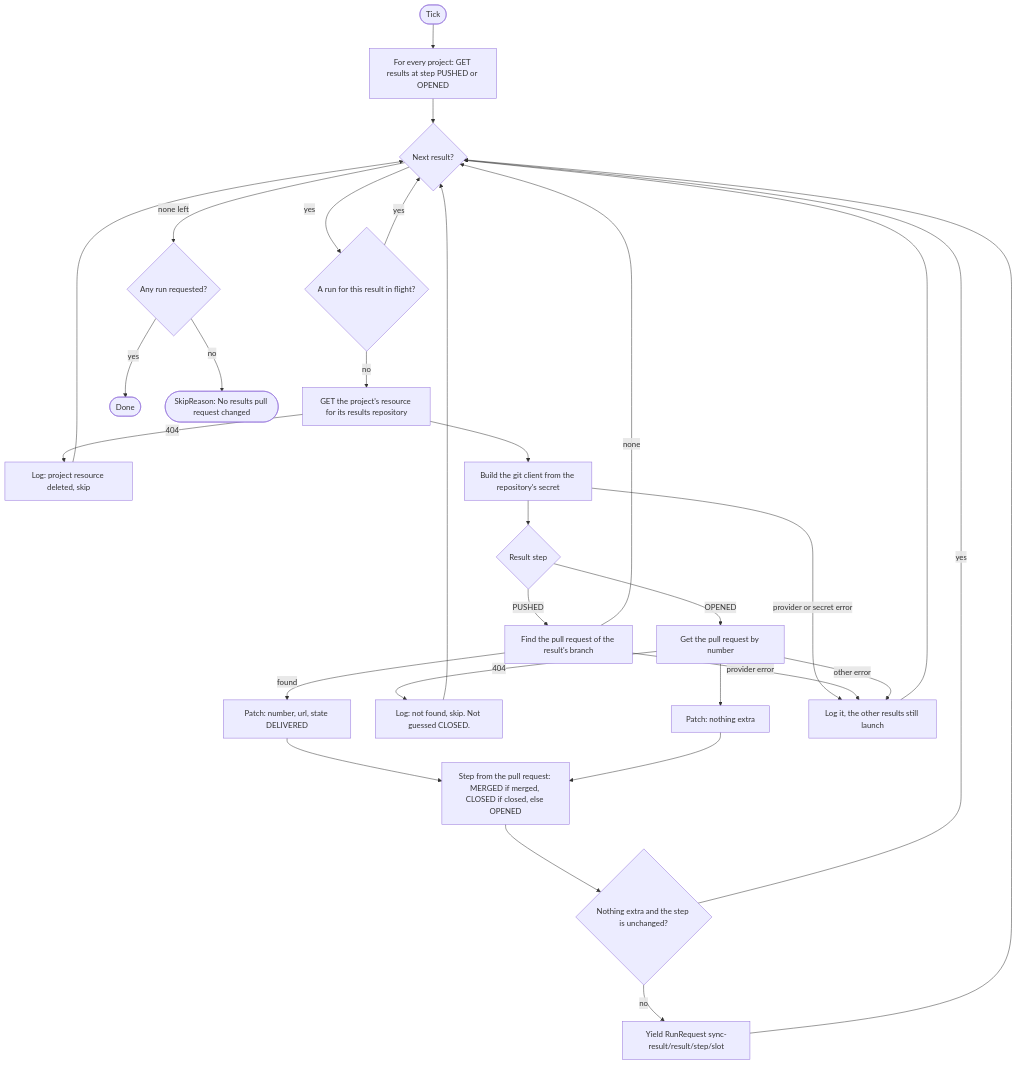
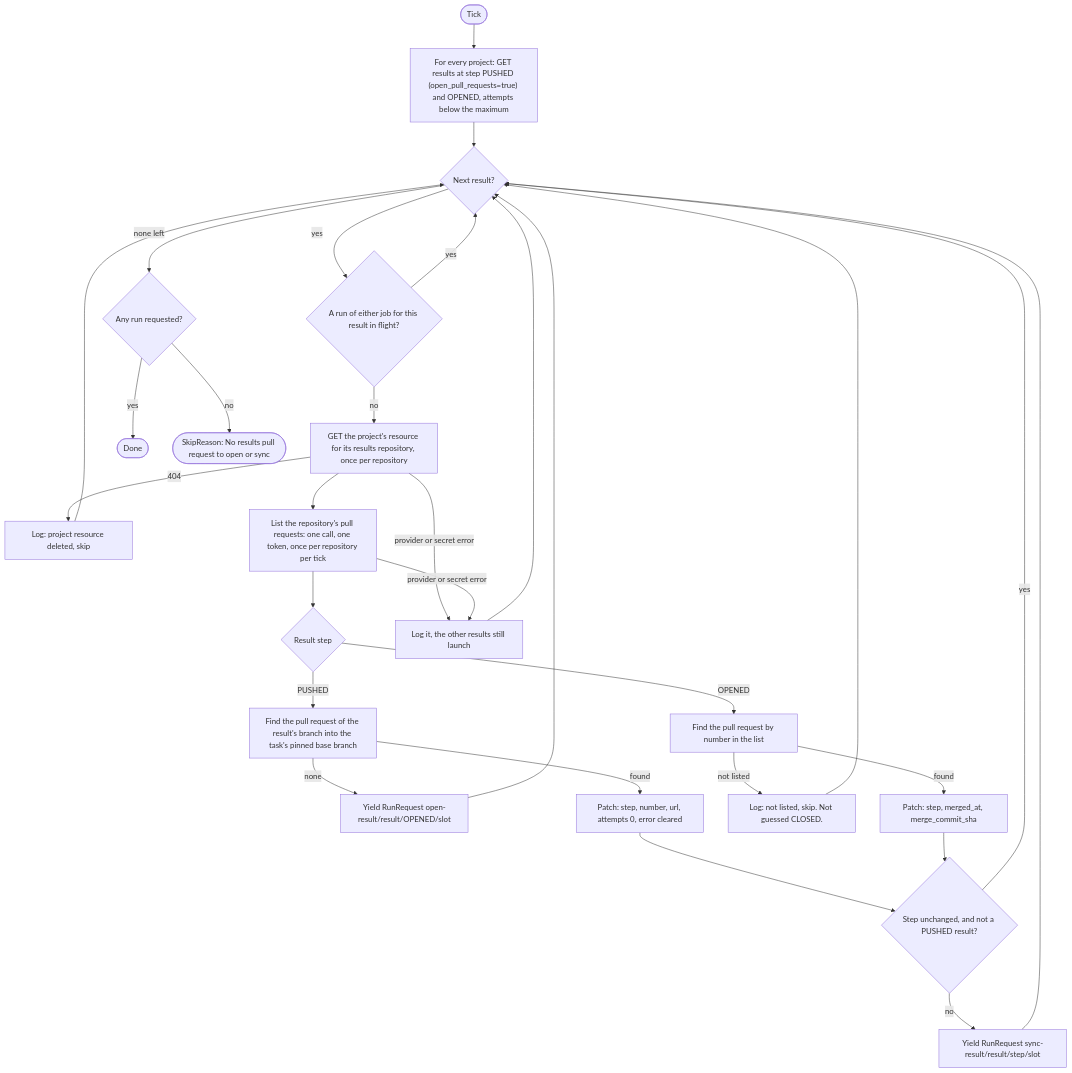
The first of 3 diagrams in docs/architecture/sensors/results-pr-sync.md (Aridhia-Open-Source/PHEMS_federated_node), drawn with Mermaid before and after one commit. The commit also changed other lines of this file and 49 other files, not shown here.

First line of the commit message:
Results PR sensor owns the pull request; one provider list per results repository per tick (#621)

````diff
--- a/docs/architecture/sensors/results-pr-sync.md
+++ b/docs/architecture/sensors/results-pr-sync.md
@@ -32,32 +37,31 @@
 ```mermaid
 flowchart TD
-    A([Tick]) --> B["For every project: GET results at step PUSHED or OPENED"]
+    A([Tick]) --> B["For every project: GET results at step PUSHED (open_pull_requests=true) and OPENED, attempts below the maximum"]
     B --> C{"Next result?"}
     C -->|"none left"| Z{"Any run requested?"}
-    C -->|yes| E{"A run for this result in flight?"}
+    C -->|yes| E{"A run of either job for this result in flight?"}
     E -->|yes| C
-    E -->|no| D["GET the project's resource for its results repository"]
+    E -->|no| D["GET the project's resource for its results repository, once per repository"]
     D -->|404| X["Log: project resource deleted, skip"]
     X --> C
-    D --> F["Build the git client from the repository's secret"]
+    D --> F["List the repository's pull requests: one call, one token, once per repository per tick"]
     F --> G{"Result step"}
-    G -->|PUSHED| H["Find the pull request of the result's branch"]
-    H -->|none| C
-    H -->|found| I["Patch: number, url, state DELIVERED"]
-    G -->|OPENED| J["Get the pull request by number"]
-    J -->|404| K["Log: not found, skip. Not guessed CLOSED."]
-    K --> C
-    J --> L["Patch: nothing extra"]
-    I --> M["Step from the pull request: MERGED if merged, CLOSED if closed, else OPENED"]
-    L --> M
-    M --> N{"Nothing extra and the step is unchanged?"}
+    G -->|PUSHED| H["Find the pull request of the result's branch into the task's pinned base branch"]
+    H -->|none| I["Yield RunRequest open-result/result/OPENED/slot"]
+    H -->|found| J["Patch: step, number, url, attempts 0, error cleared"]
+    G -->|OPENED| K["Find the pull request by number in the list"]
+    K -->|"not listed"| L["Log: not listed, skip. Not guessed CLOSED."]
+    L --> C
+    K -->|found| M["Patch: step, merged_at, merge_commit_sha"]
+    J --> N{"Step unchanged, and not a PUSHED result?"}
+    M --> N
     N -->|yes| C
     N -->|no| O["Yield RunRequest sync-result/result/step/slot"]
     O --> C
+    I --> C
     Z -->|yes| Y([Done])
-    Z -->|no| W(["SkipReason: No results pull request changed"])
-    F -->|"provider or secret error"| Q["Log it, the other results still launch"]
-    H -->|"provider error"| Q
-    J -->|"other error"| Q
+    Z -->|no| W(["SkipReason: No results pull request to open or sync"])
+    D -->|"provider or secret error"| Q["Log it, the other results still launch"]
+    F -->|"provider or secret error"| Q
     Q --> C
 ```
````
